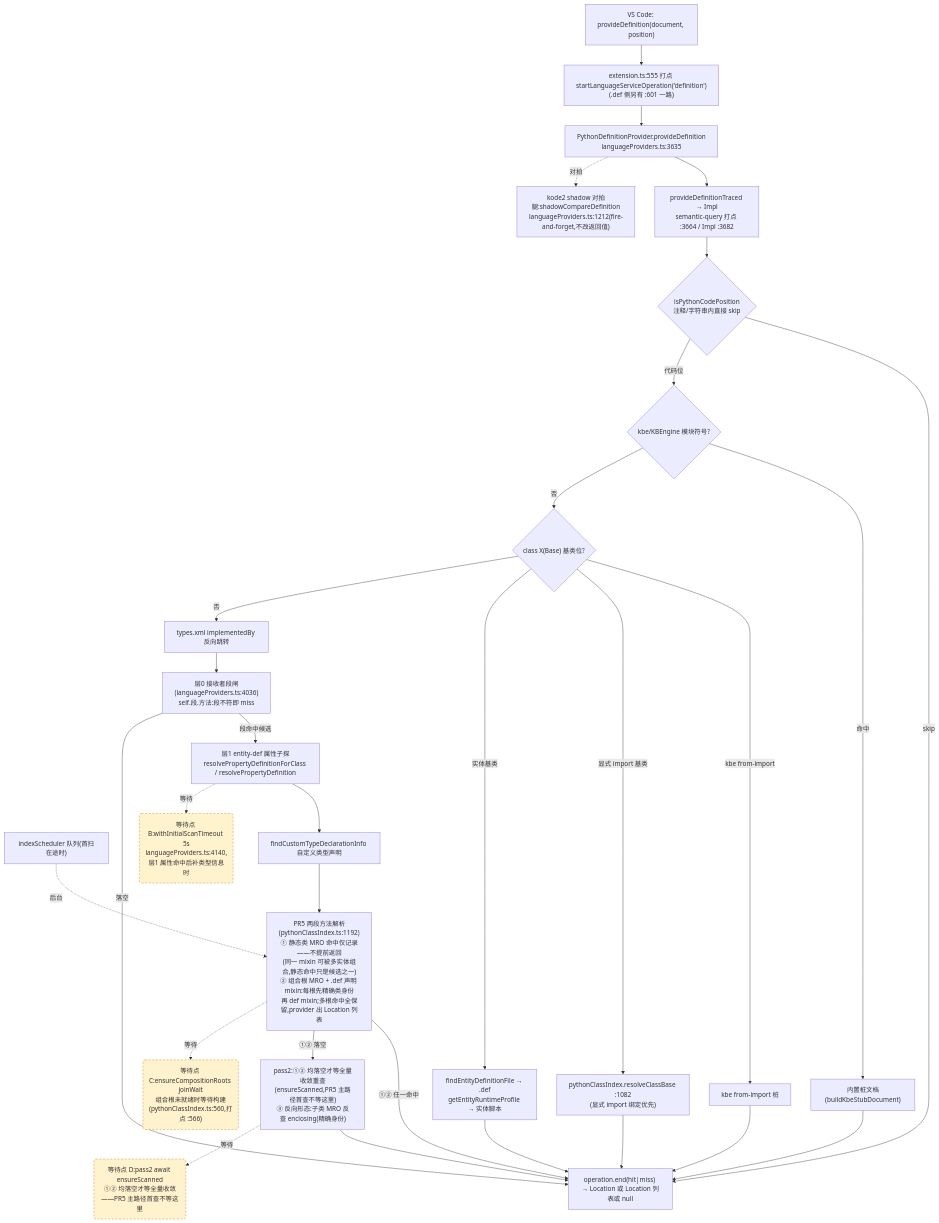
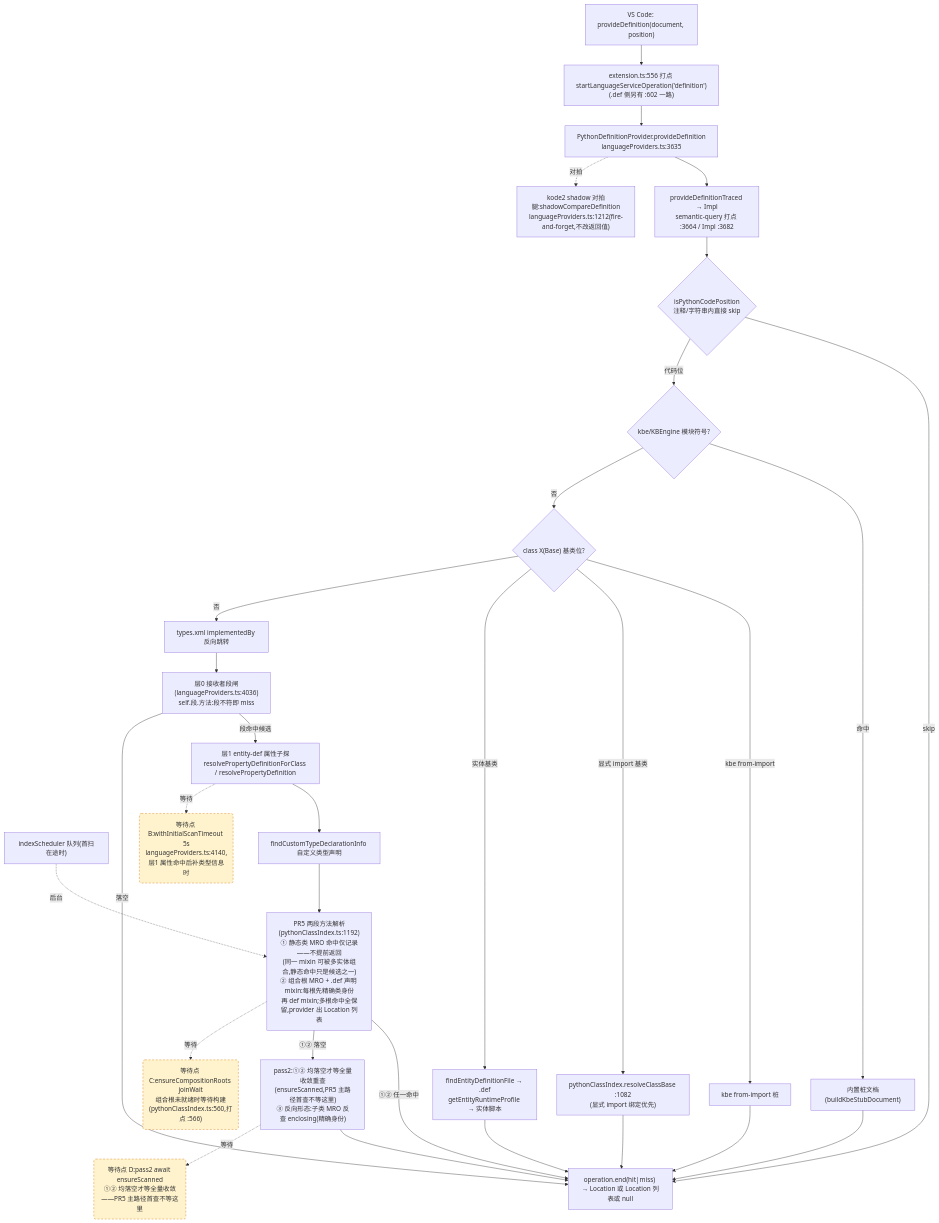
One commit to cuihairu/kode changed the second of 4 diagrams in docs/perf/2026-baseline.md. Above: the diagram before and after it, drawn with Mermaid. The commit also changed other lines of this file and 1 other file, not shown here.

Commit message:
docs: tick def param inlay task

````diff
--- a/docs/perf/2026-baseline.md
+++ b/docs/perf/2026-baseline.md
@@ -128,51 +128,51 @@
 ```mermaid
 flowchart TD
   VC2["VS Code: provideDefinition(document, position)"]
-  M2["extension.ts:555 打点 startLanguageServiceOperation('definition')<br/>(.def 侧另有 :601 一路)"]
+  M2["extension.ts:556 打点 startLanguageServiceOperation('definition')<br/>(.def 侧另有 :602 一路)"]
   AD2["PythonDefinitionProvider.provideDefinition<br/>languageProviders.ts:3635"]
   TR["provideDefinitionTraced → Impl<br/>semantic-query 打点 :3664 / Impl :3682"]
   CTX{"isPythonCodePosition<br/>注释/字符串内直接 skip"}
   KBE{"kbe/KBEngine 模块符号?"}
   STUB["内置桩文档(buildKbeStubDocument)"]
   CB{"class X(Base) 基类位?"}
   CB1["kbe from-import 桩"]
   CB2["pythonClassIndex.resolveClassBase :1082<br/>(显式 import 绑定优先)"]
   CB3["findEntityDefinitionFile → .def<br/>getEntityRuntimeProfile → 实体脚本"]
   REV["types.xml implementedBy 反向跳转"]
   L0["层0 接收者段闸(languageProviders.ts:4036)<br/>self.段.方法:段不符即 miss"]
   L1["层1 entity-def 属性子探<br/>resolvePropertyDefinitionForClass / resolvePropertyDefinition"]
   SCAN["indexScheduler 队列(首扫在途时)"]
   TY["findCustomTypeDeclarationInfo 自定义类型声明"]
   MRO["PR5 两段方法解析(pythonClassIndex.ts:1192)<br/>① 静态类 MRO 命中仅记录——不提前返回<br/>(同一 mixin 可被多实体组合,静态命中只是候选之一)<br/>② 组合根 MRO + .def 声明 mixin:每根先精确类身份<br/>再 def mixin;多根命中全保留,provider 出 Location 列表"]
   PASS2["pass2:①② 均落空才等全量收敛重查<br/>(ensureScanned,PR5 主路径首查不等这里)<br/>③ 反向形态:子类 MRO 反查 enclosing(精确身份)"]
   SHD["kode2 shadow 对拍腿:shadowCompareDefinition<br/>languageProviders.ts:1212(fire-and-forget,不改返回值)"]
   END2["operation.end(hit|miss) → Location 或 Location 列表或 null"]
 
   VC2 --> M2 --> AD2 --> TR --> CTX
   CTX -- "skip" --> END2
   CTX -- "代码位" --> KBE
   KBE -- "命中" --> STUB --> END2
   KBE -- "否" --> CB
   CB -- "kbe from-import" --> CB1 --> END2
   CB -- "显式 import 基类" --> CB2 --> END2
   CB -- "实体基类" --> CB3 --> END2
   CB -- "否" --> REV --> L0
   L0 -- "段命中候选" --> L1
   L0 -- "落空" --> END2
   L1 --> TY
   TY --> MRO
   MRO -- "①② 任一命中" --> END2
   MRO -- "①② 落空" --> PASS2 --> END2
   AD2 -.->|对拍| SHD
 
   WAITB("等待点 B:withInitialScanTimeout 5s<br/>languageProviders.ts:4140,层1 属性命中后补类型信息时")
   WAITC("等待点 C:ensureCompositionRoots joinWait<br/>组合根未就绪时等待构建(pythonClassIndex.ts:560,打点 :566)")
   WAITD("等待点 D:pass2 await ensureScanned<br/>①② 均落空才等全量收敛——PR5 主路径首查不等这里")
   L1 -.->|等待| WAITB
   MRO -.->|等待| WAITC
   PASS2 -.->|等待| WAITD
   SCAN -.->|后台| MRO
 
   classDef waitPoint fill:#fff3cd,stroke:#d97706,stroke-dasharray:5 4;
   class WAITB,WAITC,WAITD waitPoint;
 ```
````
